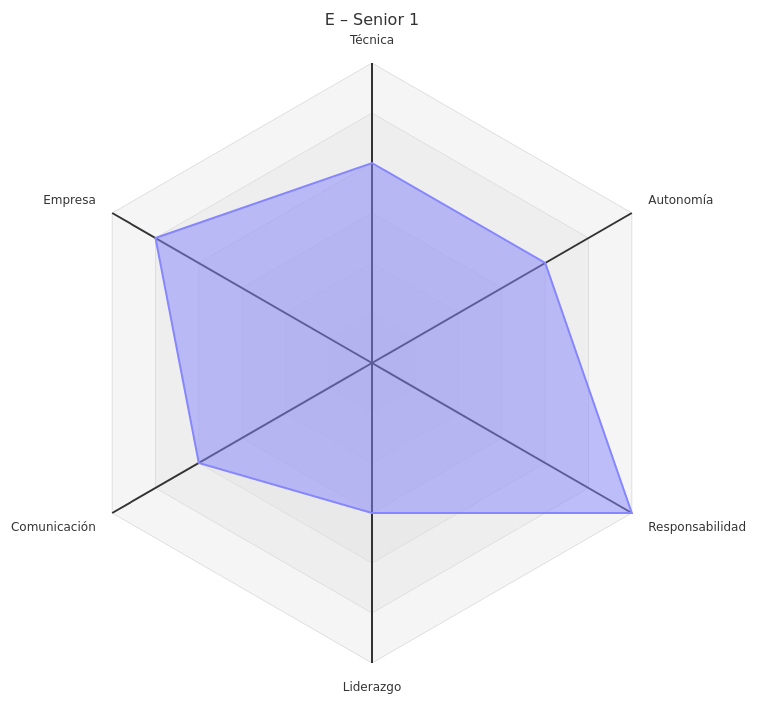
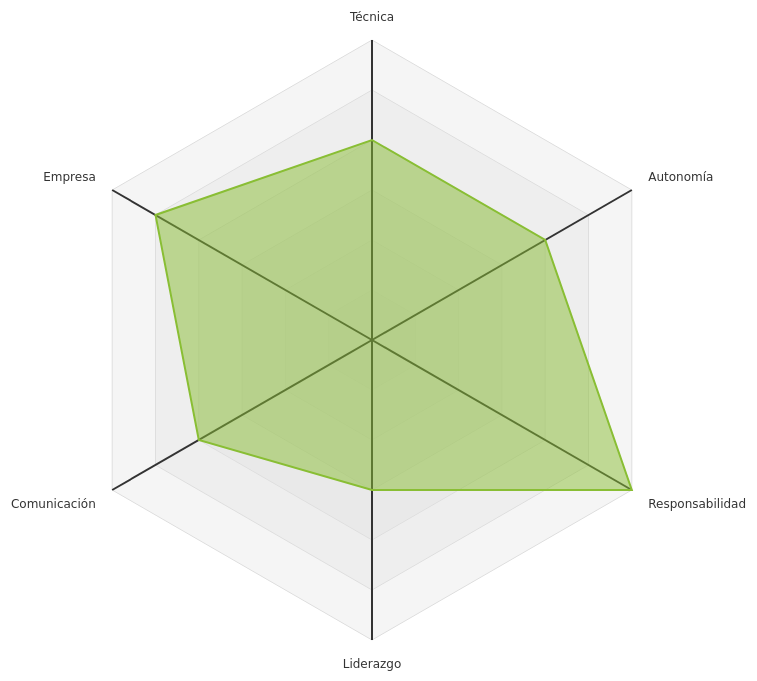
Before and after one commit to javigallego-tech/carrera-profesional-ti: the fifth of 9 diagrams in perfiles-por-nivel.md, drawn with Mermaid. The commit also changed other lines of this file and 1 other file, not shown here.

````diff
--- a/perfiles-por-nivel.md
+++ b/perfiles-por-nivel.md
@@ -75,13 +79,14 @@
 ```mermaid
 ---
-title: "E – Senior 1"
+config:
+  themeVariables:
+    cScale0: "#89BE34"
 ---
 radar-beta
   axis t["Técnica"], a["Autonomía"], r["Responsabilidad"], l["Liderazgo"], c["Comunicación"], e["Empresa"]
   curve n["Mínimo"]{4, 4, 6, 3, 4, 5}
   max 6
-  min 0
   ticks 6
   graticule polygon
   showLegend false
 ```
````
